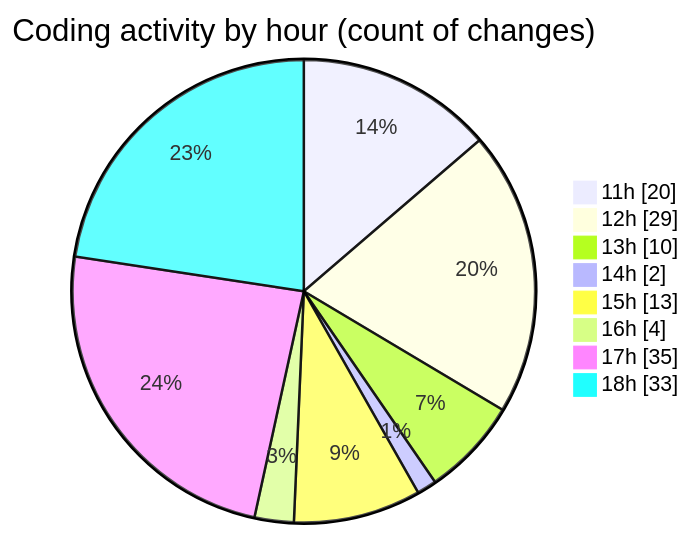
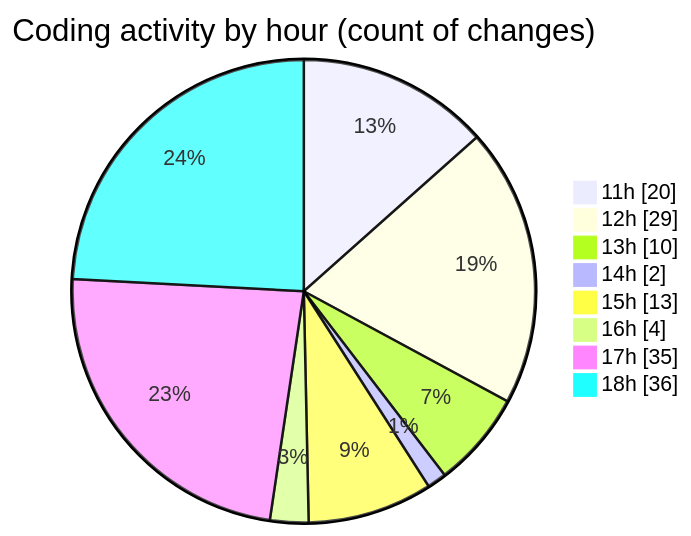
One commit to nxtqubesakshisongat/code-tracking changed the second of 2 diagrams in 2025-12-11/nxtqube_webapp/README.md. Above: the diagram before and after it, drawn with Mermaid. The commit also changed other lines of this file and 1 other file, not shown here.

````diff
--- a/2025-12-11/nxtqube_webapp/README.md
+++ b/2025-12-11/nxtqube_webapp/README.md
@@ -43,12 +43,12 @@
 ```mermaid
 pie showData
 title Coding activity by hour (count of changes)
 "11h" : 20
 "12h" : 29
 "13h" : 10
 "14h" : 2
 "15h" : 13
 "16h" : 4
 "17h" : 35
-"18h" : 33
+"18h" : 36
 ```
````
